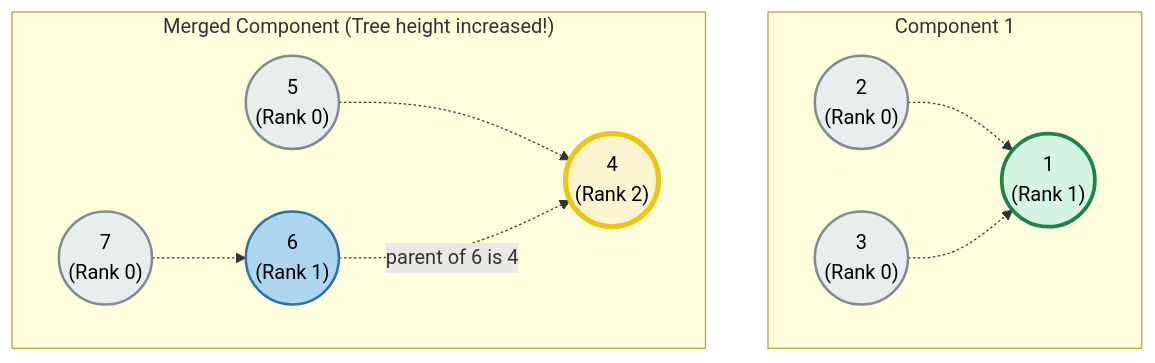
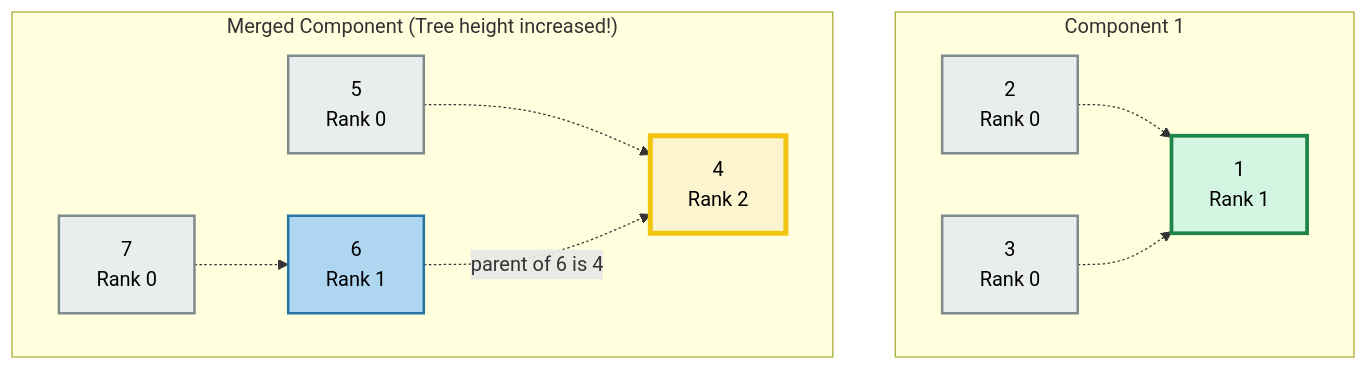
Diagram 17 of 36 in Graph/DSU_README.md (muntasir24/DSA_Practice), drawn with Mermaid before and after one commit. The commit also changed other lines of this file, not shown here.

````diff
--- a/Graph/DSU_README.md
+++ b/Graph/DSU_README.md
@@ -704,28 +704,28 @@
 ```mermaid
 graph TD
     subgraph Component_1 ["Component 1"]
-        1(("1<br>(Rank 1)")):::boss
-        2(("2<br>(Rank 0)")):::child
-        3(("3<br>(Rank 0)")):::child
+        1["1<br>Rank 1"]:::boss
+        2["2<br>Rank 0"]:::child
+        3["3<br>Rank 0"]:::child
         
         2 -.-> 1
         3 -.-> 1
     end
 
     subgraph Merged_Component__Tree_height_increased__ ["Merged Component (Tree height increased!)"]
-        4(("4<br>(Rank 2)")):::superBoss
-        5(("5<br>(Rank 0)")):::child
-        6(("6<br>(Rank 1)")):::midBoss
-        7(("7<br>(Rank 0)")):::child
+        4["4<br>Rank 2"]:::superBoss
+        5["5<br>Rank 0"]:::child
+        6["6<br>Rank 1"]:::midBoss
+        7["7<br>Rank 0"]:::child
         
         5 -.-> 4
         6 -. "parent of 6 is 4" .-> 4
         7 -.-> 6
     end
 
     %% Styling
     classDef boss fill:#D5F5E3,stroke:#1E8449,stroke-width:3px,color:#000000;
     classDef superBoss fill:#FCF3CF,stroke:#F1C40F,stroke-width:4px,color:#000000;
     classDef midBoss fill:#AED6F1,stroke:#2874A6,stroke-width:2px,color:#000000;
     classDef child fill:#EAEDED,stroke:#7F8C8D,stroke-width:2px,color:#000000;
 ```
````
